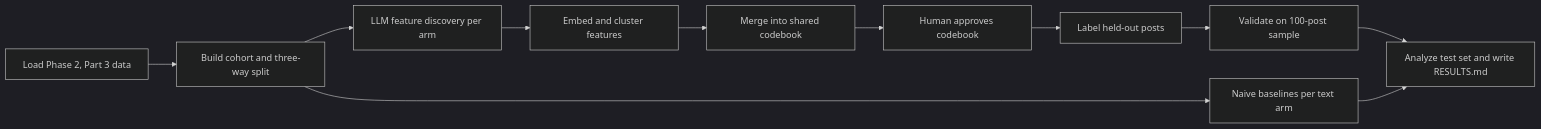
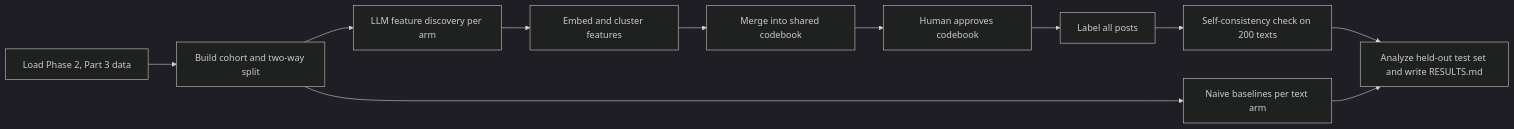
One commit to METResearchGroup/mirrorView-task changed the diagram in docs/plans/2026-09-24_llm_feature_generation_phase_2_part_3_2f71ad/plan.md. Above: the diagram before and after it, drawn with Mermaid (dark theme). The commit also changed other lines of this file, not shown here.

Commit message:
Update plan: GPT-6 Luna without reasoning, label all posts, defer human validation

````diff
--- a/docs/plans/2026-09-24_llm_feature_generation_phase_2_part_3_2f71ad/plan.md
+++ b/docs/plans/2026-09-24_llm_feature_generation_phase_2_part_3_2f71ad/plan.md
@@ -21,13 +21,13 @@
 ```mermaid
 flowchart LR
-  A[Load Phase 2, Part 3 data] --> B[Build cohort and three-way split]
+  A[Load Phase 2, Part 3 data] --> B[Build cohort and two-way split]
   B --> C[Naive baselines per text arm]
   B --> D[LLM feature discovery per arm]
   D --> E[Embed and cluster features]
   E --> F[Merge into shared codebook]
   F --> G[Human approves codebook]
-  G --> H[Label held-out posts]
-  H --> I[Validate on 100-post sample]
-  I --> J[Analyze test set and write RESULTS.md]
+  G --> H[Label all posts]
+  H --> I[Self-consistency check on 200 texts]
+  I --> J[Analyze held-out test set and write RESULTS.md]
   C --> J
 ```
````
